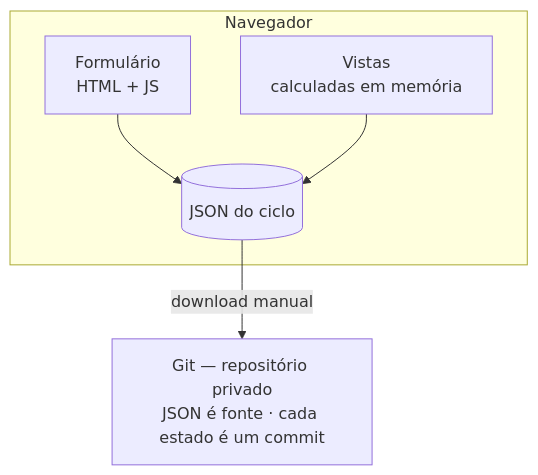
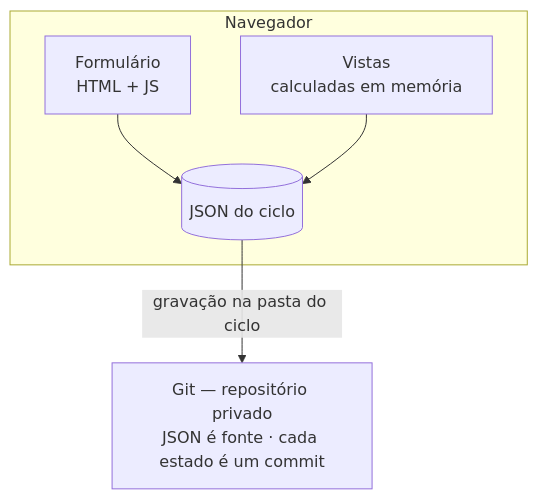
Before and after one commit to tmenegaz/danca: the third of 3 diagrams in ARQUITETURA-CAPTURA.md, drawn with Mermaid. The commit also changed other lines of this file and 6 other files, not shown here.

````diff
--- a/ARQUITETURA-CAPTURA.md
+++ b/ARQUITETURA-CAPTURA.md
@@ -297,11 +306,11 @@
 ```mermaid
 flowchart TB
   subgraph NAV["Navegador"]
     F["Formulário<br/>HTML + JS"]
     V["Vistas<br/>calculadas em memória"]
     J[("JSON do ciclo")]
     F --> J
     V --> J
   end
-  J -->|"download manual"| G["Git — repositório privado<br/>JSON é fonte · cada estado é um commit"]
+  J -->|"gravação na pasta do ciclo"| G["Git — repositório privado<br/>JSON é fonte · cada estado é um commit"]
 ```
````
